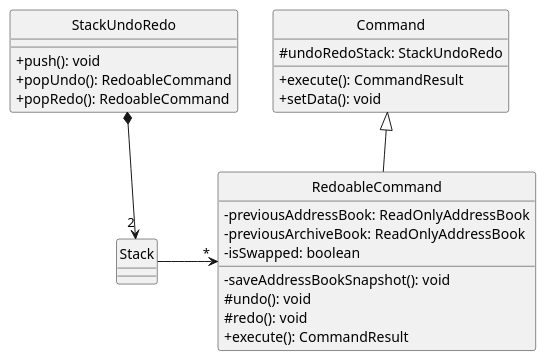
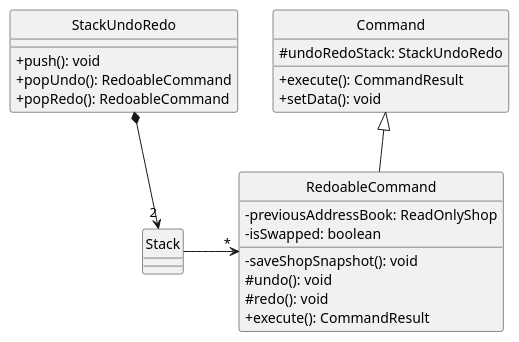
The diagram in docs/diagrams/UndoRedo0.puml (nus-cs2103-AY2223S2/tp), drawn with PlantUML before and after one commit. The commit also changed 1 other file, not shown here.

Commit message:
Update to ReadOnlyShop

```diff
--- a/docs/diagrams/UndoRedo0.puml
+++ b/docs/diagrams/UndoRedo0.puml
@@ -1,39 +1,38 @@
 @startuml
 hide circle
 skinparam classAttributeIconSize 0
 
 Command <|-- RedoableCommand
 StackUndoRedo *--> "2" Stack
 RedoableCommand "*" <-left-  Stack
 class Command {
   # undoRedoStack: StackUndoRedo
   + execute(): CommandResult
   + setData(): void
 }
 
 
 
 class RedoableCommand
  {
-   - previousAddressBook: ReadOnlyAddressBook
-   - previousArchiveBook: ReadOnlyAddressBook
+   - previousAddressBook: ReadOnlyShop
    - isSwapped: boolean
-   - saveAddressBookSnapshot(): void
+   - saveShopSnapshot(): void
    # undo(): void
    # redo(): void
    + execute(): CommandResult
 }
 
 class StackUndoRedo {
     + push(): void
     + popUndo(): RedoableCommand
     + popRedo(): RedoableCommand
 }
 
 class Stack {
 }
 
 class Stack {
 
 }
 @enduml
```
